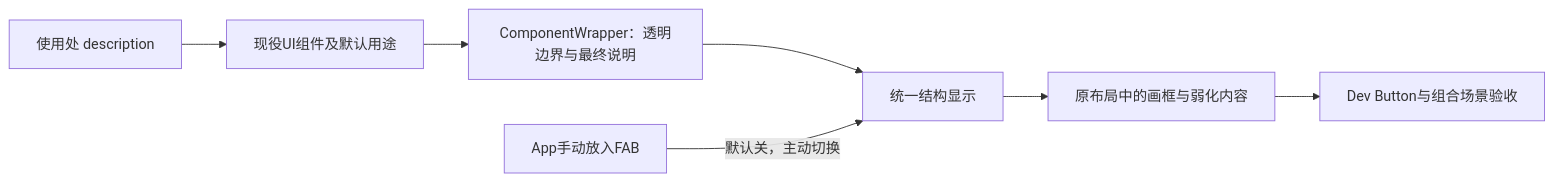
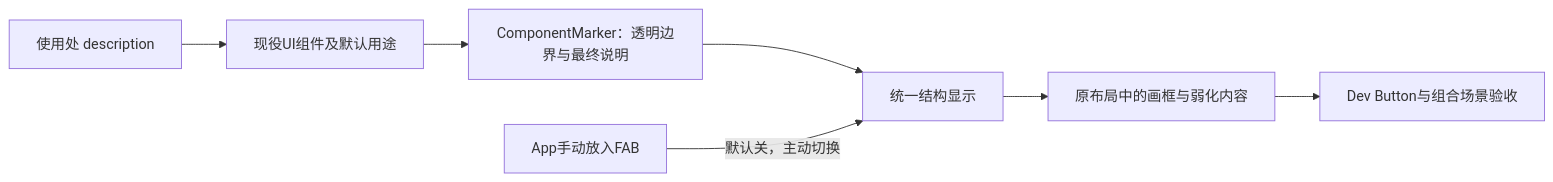
Before and after one commit to edsolater/uikit: the diagram in docs/plans/2026-10-24-组件结构查看.md, drawn with Mermaid. The commit also changed other lines of this file and 52 other files, not shown here.

Commit message:
🚚 componentWrapper => componentMarker

````diff
--- a/docs/plans/2026-10-24-组件结构查看.md
+++ b/docs/plans/2026-10-24-组件结构查看.md
@@ -9,9 +9,9 @@
 ```mermaid
 flowchart LR
     use[使用处 description] --> kit[现役UI组件及默认用途]
-    kit --> wrapper[ComponentWrapper：透明边界与最终说明]
-    wrapper --> display[统一结构显示]
+    kit --> marker[ComponentMarker：透明边界与最终说明]
+    marker --> display[统一结构显示]
     fab[App手动放入FAB] -->|默认关，主动切换| display
     display --> result[原布局中的画框与弱化内容]
     result --> verify[Dev Button与组合场景验收]
 ```
````
